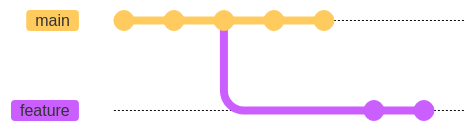
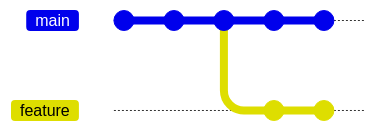
The first of 2 diagrams in docs/docs/basic/git/branches.md (td-github-training/td-github-training.github.io), drawn with Mermaid before and after one commit. The commit also changed other lines of this file and 1 other file, not shown here. Commit ids are hidden.

Commit message:
Updated gitGraph colors

````diff
--- a/docs/docs/basic/git/branches.md
+++ b/docs/docs/basic/git/branches.md
@@ -5,14 +5,14 @@
 ```mermaid
-%%{init: { 'logLevel': 'debug', 'theme': 'base', 'gitGraph': {'showBranches': true, 'showCommitLabel': false}} }%%
+%%{init: { 'logLevel': 'debug', 'gitGraph': {'showBranches': true, 'showCommitLabel': false, 'parallelCommits': true}} }%%
     gitGraph
        commit
        commit
        commit
        branch feature
        checkout main
        commit
        commit
        checkout feature
        commit
        commit
 ```
````
